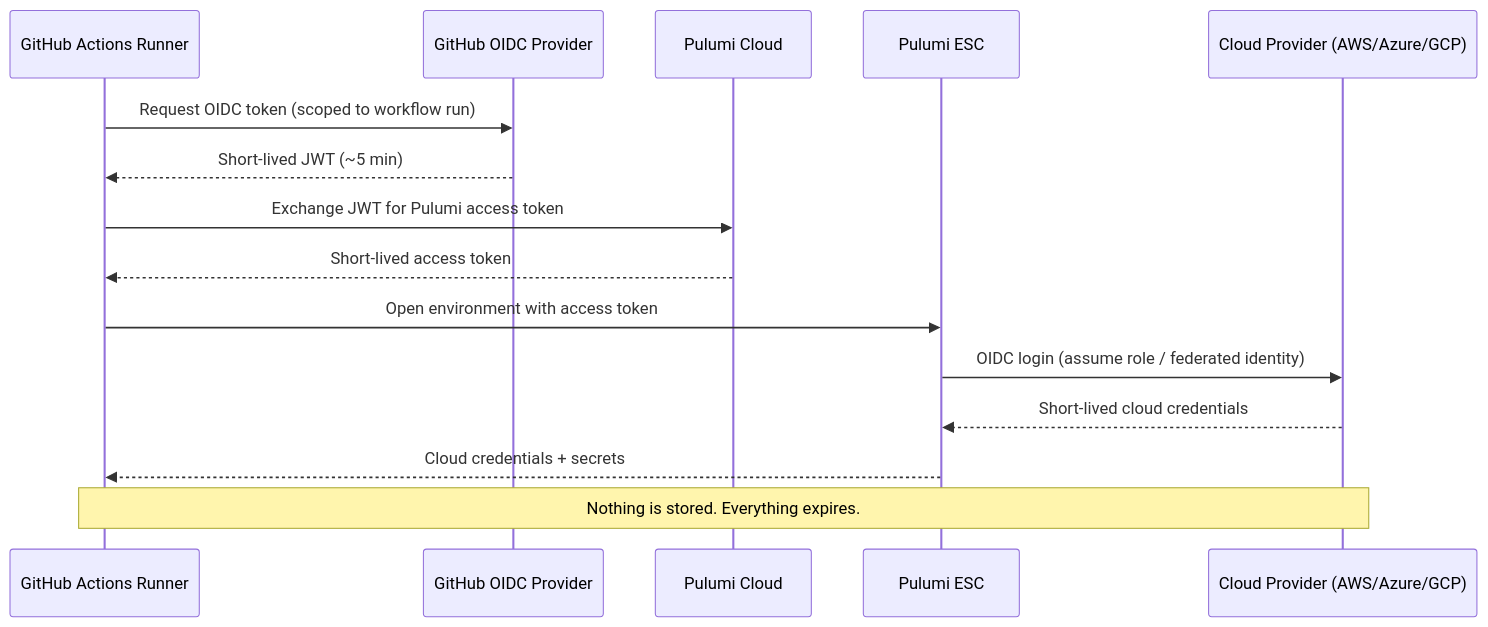
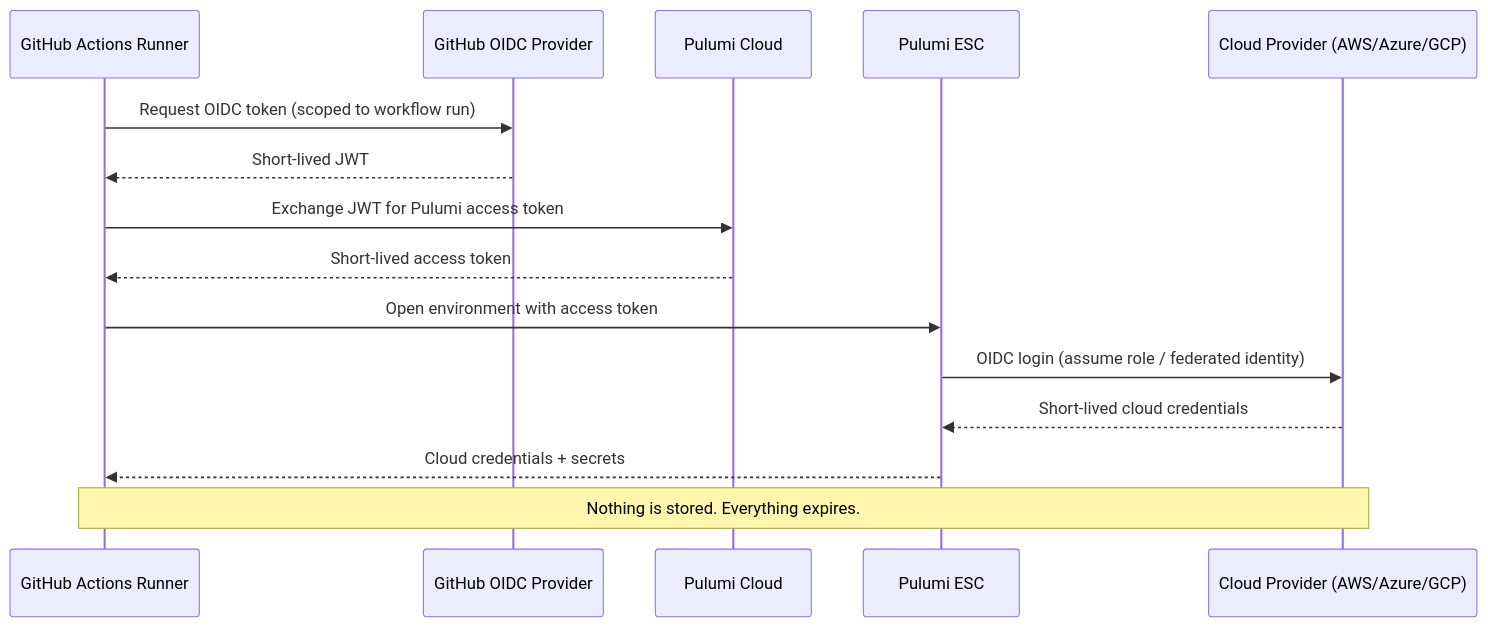
One commit to pulumi/docs changed the diagram in content/blog/eliminating-ci-secrets-with-pulumi-esc/index.md. Above: the diagram before and after it, drawn with Mermaid. The commit also changed other lines of this file, not shown here.

````diff
--- a/content/blog/eliminating-ci-secrets-with-pulumi-esc/index.md
+++ b/content/blog/eliminating-ci-secrets-with-pulumi-esc/index.md
@@ -50,18 +50,18 @@
 ```mermaid
 sequenceDiagram
     participant Runner as GitHub Actions Runner
     participant GH as GitHub OIDC Provider
     participant PC as Pulumi Cloud
     participant ESC as Pulumi ESC
     participant Cloud as Cloud Provider (AWS/Azure/GCP)
 
     Runner->>GH: Request OIDC token (scoped to workflow run)
-    GH-->>Runner: Short-lived JWT (~5 min)
+    GH-->>Runner: Short-lived JWT
     Runner->>PC: Exchange JWT for Pulumi access token
     PC-->>Runner: Short-lived access token
     Runner->>ESC: Open environment with access token
     ESC->>Cloud: OIDC login (assume role / federated identity)
     Cloud-->>ESC: Short-lived cloud credentials
     ESC-->>Runner: Cloud credentials + secrets
     Note over Runner,Cloud: Nothing is stored. Everything expires.
 ```
````
